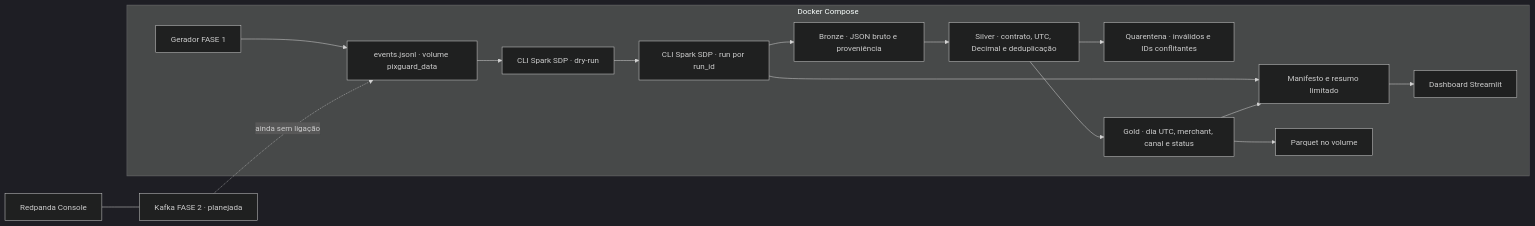
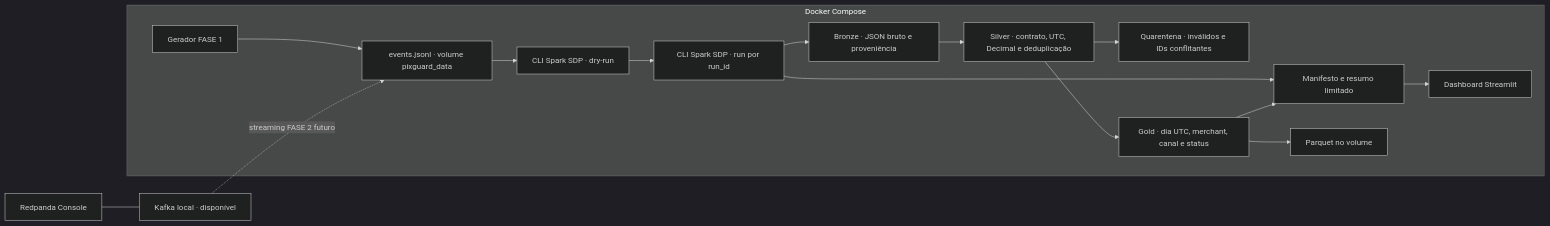
Before and after one commit to faelk8/pix_guard: the diagram in docs/plan.md, drawn with Mermaid (dark theme). The commit also changed other lines of this file and 5 other files, not shown here.

Commit message:
docs: reconcile phase 3 execution and roadmap (Refs #12)

````diff
--- a/docs/plan.md
+++ b/docs/plan.md
@@ -32,18 +32,18 @@
 ```mermaid
 flowchart LR
   subgraph Compose[Docker Compose]
     GEN[Gerador FASE 1] --> JSONL[events.jsonl · volume pixguard_data]
     JSONL --> DRY[CLI Spark SDP · dry-run]
     DRY --> RUN[CLI Spark SDP · run por run_id]
     RUN --> B[Bronze · JSON bruto e proveniência]
     B --> S[Silver · contrato, UTC, Decimal e deduplicação]
     S --> Q[Quarentena · inválidos e IDs conflitantes]
     S --> G[Gold · dia UTC, merchant, canal e status]
     RUN --> M[Manifesto e resumo limitado]
     G --> M
     M --> DASH[Dashboard Streamlit]
     G --> PARQ[Parquet no volume]
   end
-  K[Kafka FASE 2 · planejada] -. ainda sem ligação .-> JSONL
+  K[Kafka local · disponível] -. streaming FASE 2 futuro .-> JSONL
   CON[Redpanda Console] --- K
 ```
````
